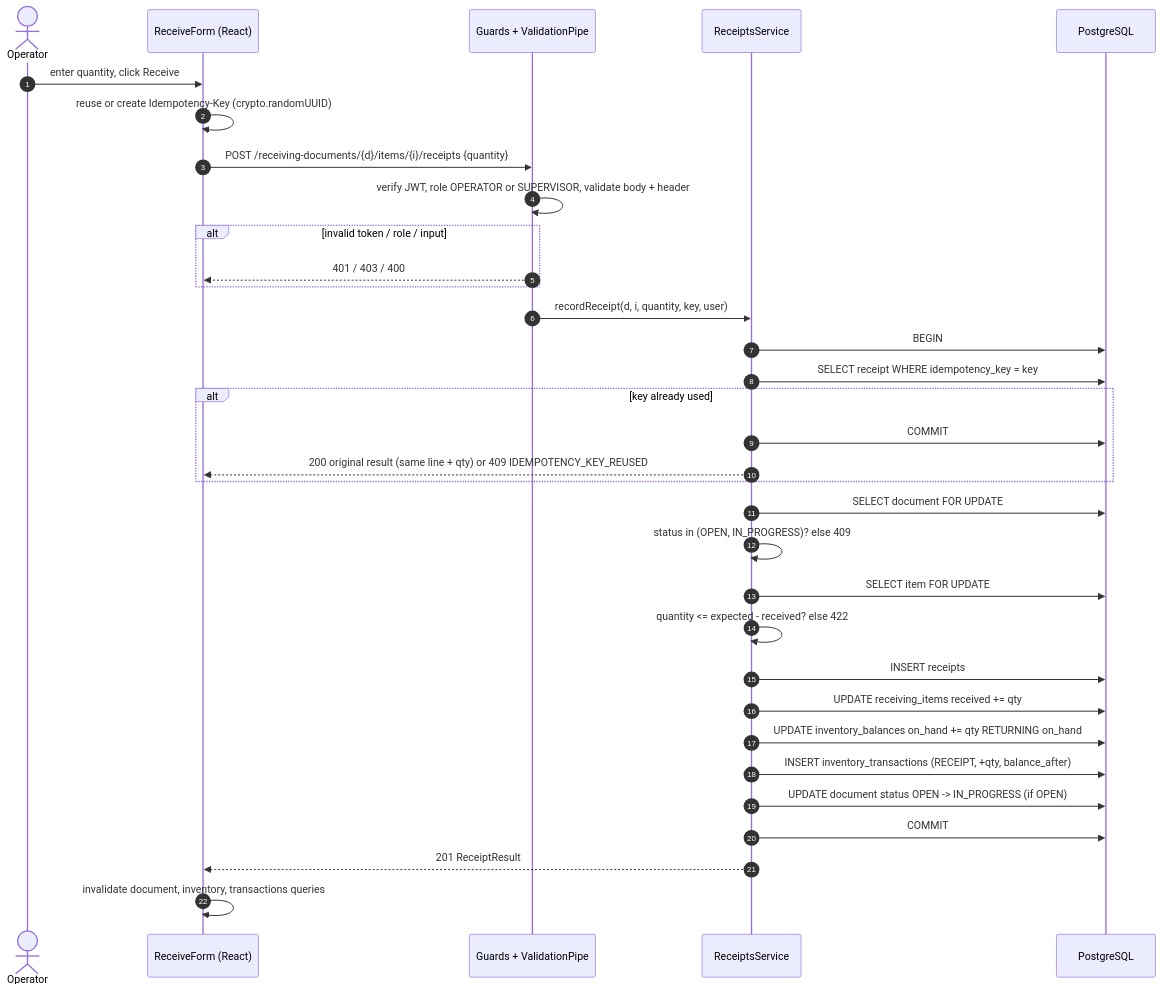
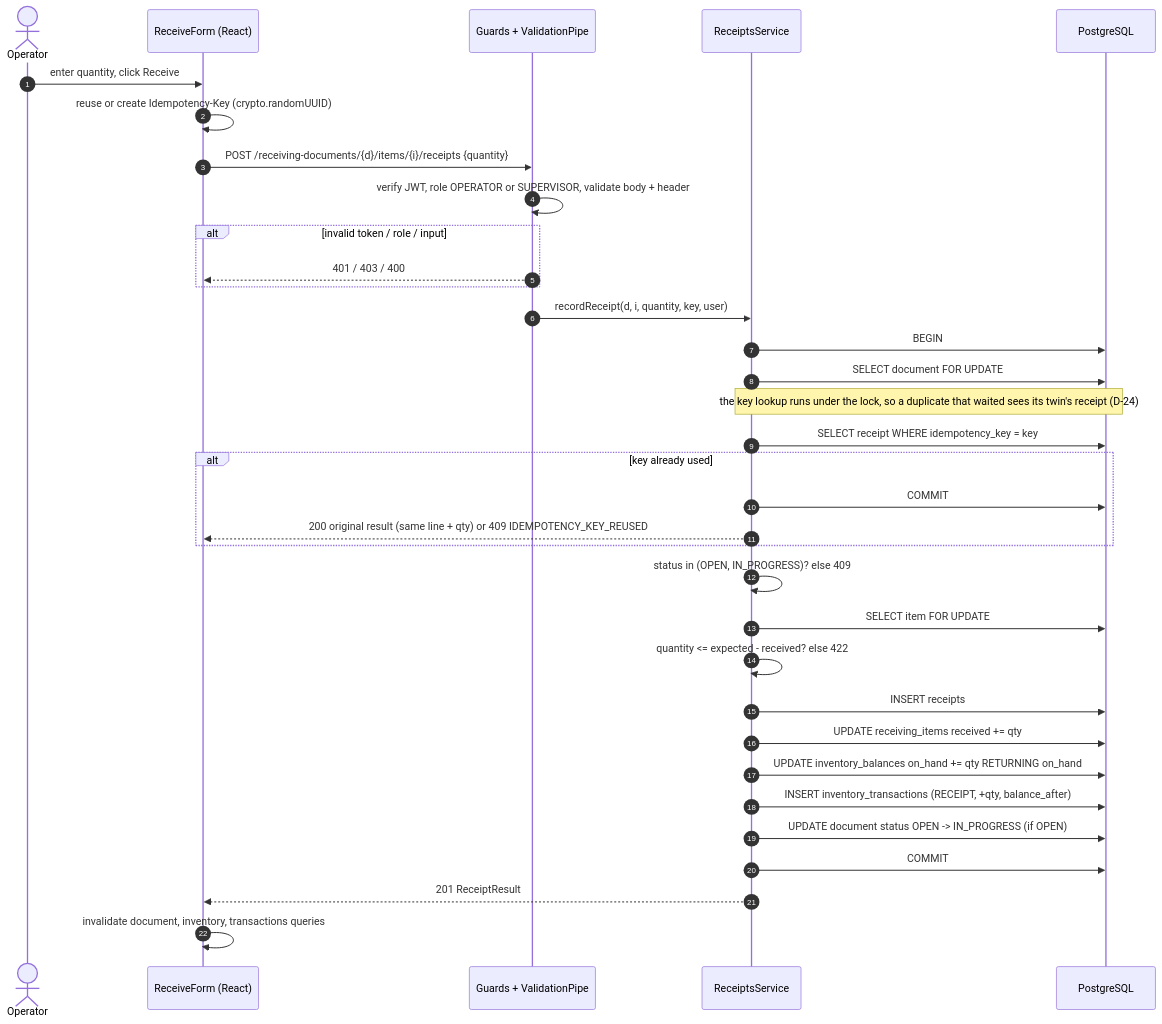
One commit to rowlys/simple-wrs changed the diagram in docs/receipt-sequence.mmd. Above: the diagram before and after it, drawn with Mermaid. The commit also changed 4 other files, not shown here.

First line of the commit message:
docs(spec): run the idempotency lookup after the document lock (D-24)

```diff
--- a/docs/receipt-sequence.mmd
+++ b/docs/receipt-sequence.mmd
@@ -1,34 +1,35 @@
 %% Sequence: record a receipt. See technical-spec.md section 6.
 sequenceDiagram
   autonumber
   actor O as Operator
   participant UI as ReceiveForm (React)
   participant G as Guards + ValidationPipe
   participant S as ReceiptsService
   participant DB as PostgreSQL
   O->>UI: enter quantity, click Receive
   UI->>UI: reuse or create Idempotency-Key (crypto.randomUUID)
   UI->>G: POST /receiving-documents/{d}/items/{i}/receipts {quantity}
   G->>G: verify JWT, role OPERATOR or SUPERVISOR, validate body + header
   alt invalid token / role / input
     G-->>UI: 401 / 403 / 400
   end
   G->>S: recordReceipt(d, i, quantity, key, user)
   S->>DB: BEGIN
+  S->>DB: SELECT document FOR UPDATE
+  Note over S,DB: the key lookup runs under the lock, so a duplicate that waited sees its twin's receipt (D-24)
   S->>DB: SELECT receipt WHERE idempotency_key = key
   alt key already used
     S->>DB: COMMIT
     S-->>UI: 200 original result (same line + qty) or 409 IDEMPOTENCY_KEY_REUSED
   end
-  S->>DB: SELECT document FOR UPDATE
   S->>S: status in (OPEN, IN_PROGRESS)? else 409
   S->>DB: SELECT item FOR UPDATE
   S->>S: quantity <= expected - received? else 422
   S->>DB: INSERT receipts
   S->>DB: UPDATE receiving_items received += qty
   S->>DB: UPDATE inventory_balances on_hand += qty RETURNING on_hand
   S->>DB: INSERT inventory_transactions (RECEIPT, +qty, balance_after)
   S->>DB: UPDATE document status OPEN -> IN_PROGRESS (if OPEN)
   S->>DB: COMMIT
   S-->>UI: 201 ReceiptResult
   UI->>UI: invalidate document, inventory, transactions queries
```
